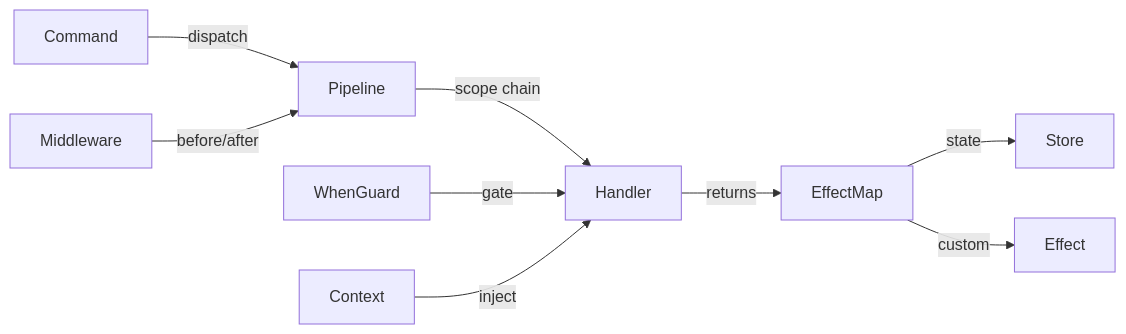
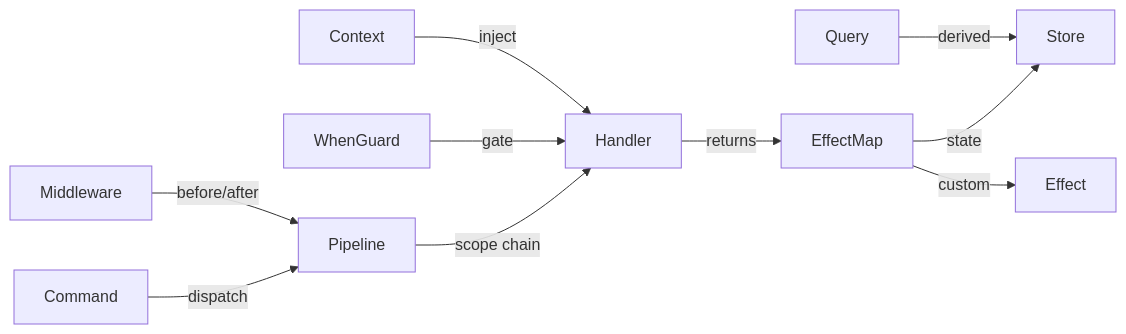
Before and after one commit to developer-1px/interactive-os: the diagram in docs/2-area/official/kernel/02-core-concepts.md, drawn with Mermaid. The commit also changed other lines of this file and 7 other files, not shown here.

````diff
--- a/docs/2-area/official/kernel/02-core-concepts.md
+++ b/docs/2-area/official/kernel/02-core-concepts.md
@@ -11,11 +11,12 @@
 ```mermaid
 graph LR
     Command -->|dispatch| Pipeline
     Pipeline -->|scope chain| Handler
     WhenGuard -->|gate| Handler
     Handler -->|returns| EffectMap
     EffectMap -->|state| Store
     EffectMap -->|custom| Effect
     Context -->|inject| Handler
+    Query -->|derived| Store
     Middleware -->|before/after| Pipeline
 ```
````
